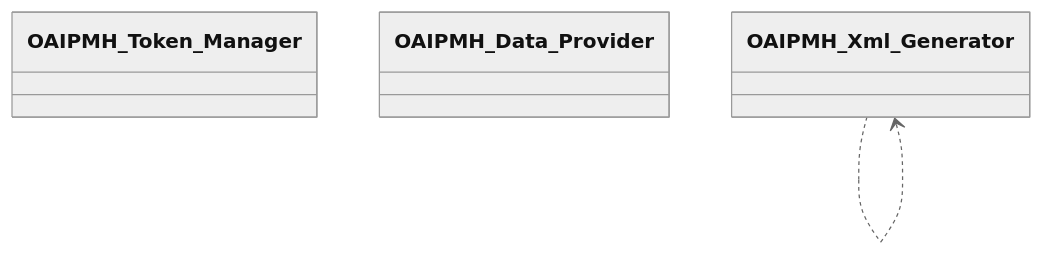
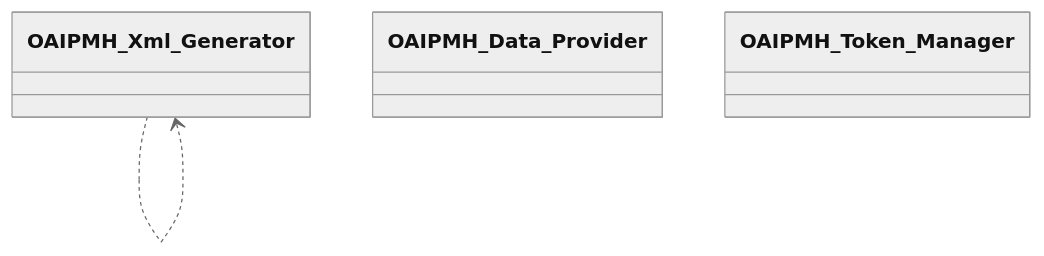
The diagram in docs/diagrams/tainacan-namespace-Tainacan-OAIPMH.mmd (tainacan/tainacan), drawn with Mermaid (neutral theme) before and after one commit. The commit also changed other lines of this file and 95 other files, not shown here.

```diff
--- a/docs/diagrams/tainacan-namespace-Tainacan-OAIPMH.mmd
+++ b/docs/diagrams/tainacan-namespace-Tainacan-OAIPMH.mmd
@@ -1,6 +1,6 @@
 classDiagram
     direction TB
+    class OAIPMH_Xml_Generator { }
+    class OAIPMH_Data_Provider { }
     class OAIPMH_Token_Manager { }
-    class OAIPMH_Data_Provider { }
-    class OAIPMH_Xml_Generator { }
     OAIPMH_Xml_Generator ..> OAIPMH_Xml_Generator
```
